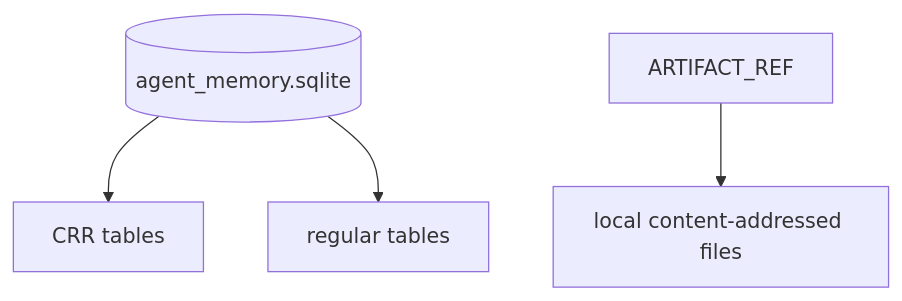
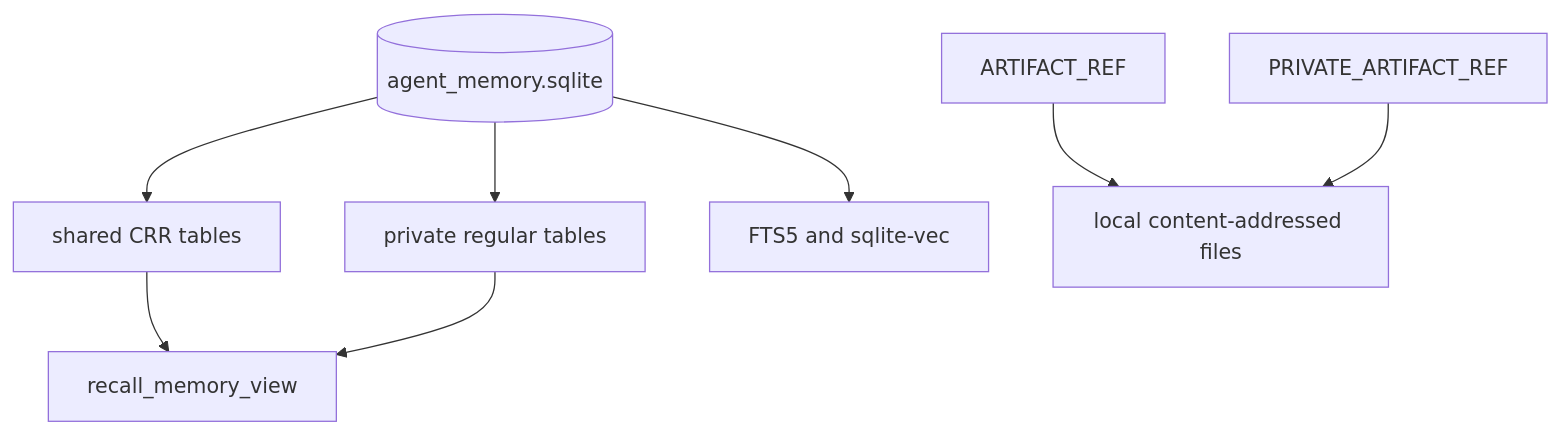
The second of 2 diagrams in docs/architecture/data-model-erd.md (Taku315o/crdt-agent-memory), drawn with Mermaid before and after one commit. The commit also changed other lines of this file and 10 other files, not shown here.

````diff
--- a/docs/architecture/data-model-erd.md
+++ b/docs/architecture/data-model-erd.md
@@ -234,11 +339,17 @@
 ```mermaid
 flowchart TB
     DB[(agent_memory.sqlite)]
-    CRR[CRR tables]
-    LOCAL[regular tables]
+    SHARED[shared CRR tables]
+    PRIVATE[private regular tables]
+    INDEX[FTS5 and sqlite-vec]
     BLOB[local content-addressed files]
+    VIEW[recall_memory_view]
 
-    DB --> CRR
-    DB --> LOCAL
+    DB --> SHARED
+    DB --> PRIVATE
+    DB --> INDEX
+    SHARED --> VIEW
+    PRIVATE --> VIEW
     ARTIFACT_REF --> BLOB
+    PRIVATE_ARTIFACT_REF --> BLOB
 ```
````
